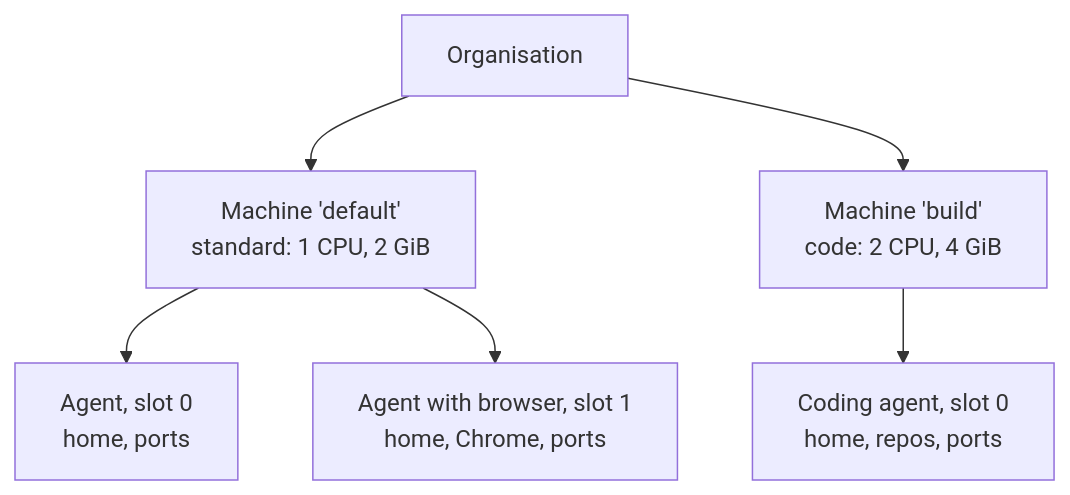
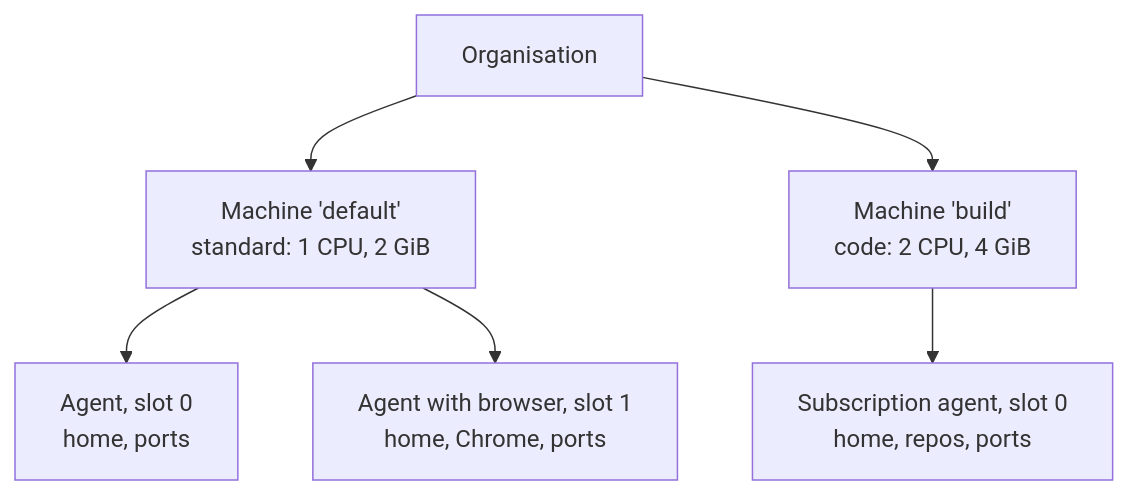
Before and after one commit to CigaleAI/guilds: the first of 2 diagrams in docs/concepts/machines.md, drawn with Mermaid. The commit also changed other lines of this file and 41 other files, not shown here.

First line of the commit message:
Describe code work as a subscription agent's harness turn in its repositories, without Kimi Code

````diff
--- a/docs/concepts/machines.md
+++ b/docs/concepts/machines.md
@@ -28,8 +28,8 @@
 ```mermaid
 flowchart TD
   Org[Organisation] --> M1[Machine 'default'<br/>standard: 1 CPU, 2 GiB]
   Org --> M2[Machine 'build'<br/>code: 2 CPU, 4 GiB]
   M1 --> A1[Agent, slot 0<br/>home, ports]
   M1 --> A2[Agent with browser, slot 1<br/>home, Chrome, ports]
-  M2 --> A3[Coding agent, slot 0<br/>home, repos, ports]
+  M2 --> A3[Subscription agent, slot 0<br/>home, repos, ports]
 ```
````
